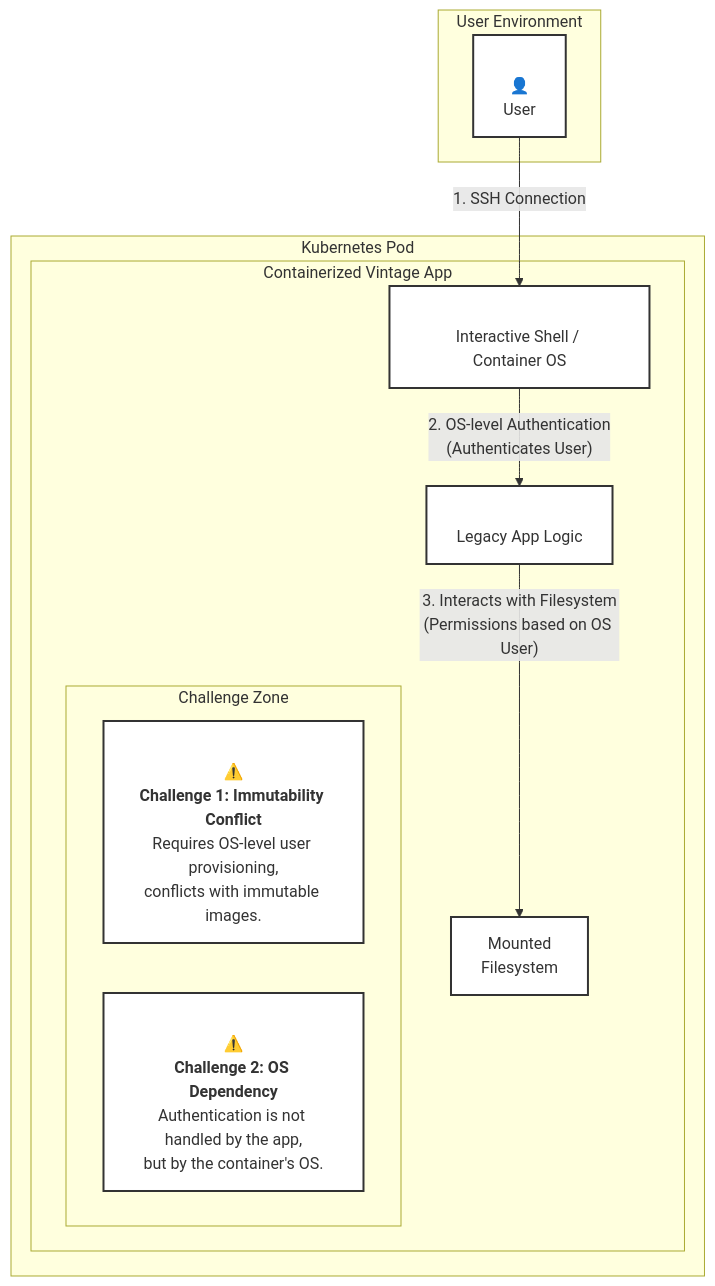
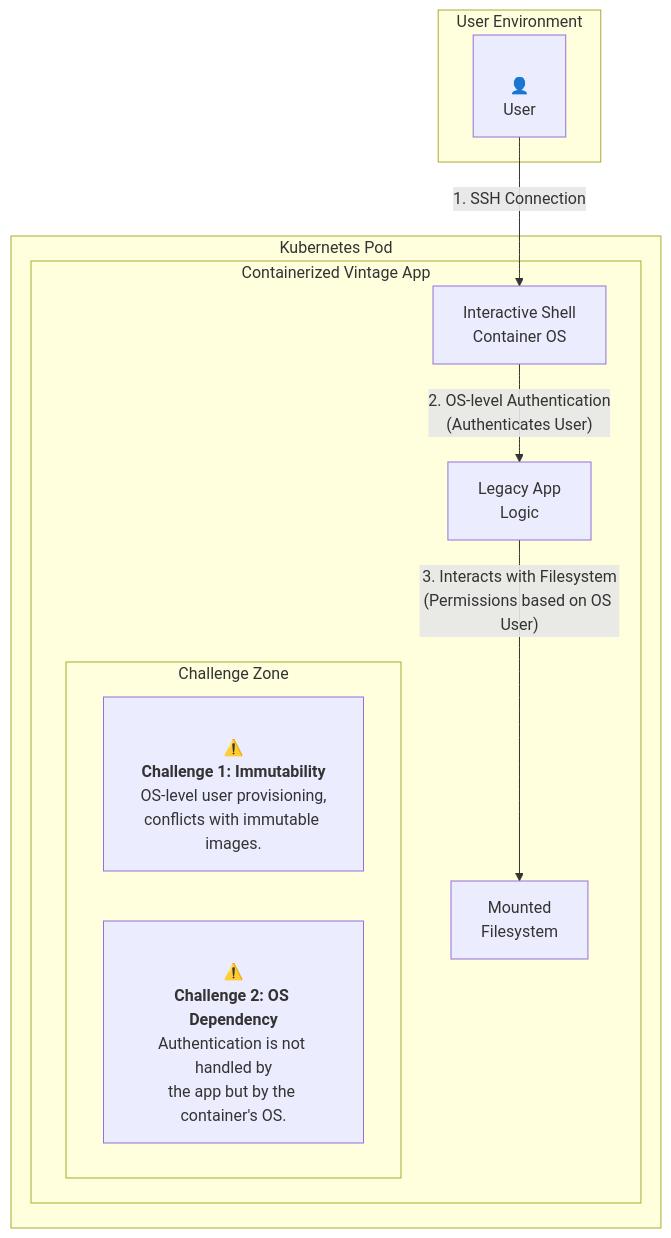
The fourth of 7 diagrams in docs/portfolio/ntap/nfsv4auth/index.md (romdalf/romadams.com), drawn with Mermaid before and after one commit. The commit also changed other lines of this file, not shown here.

Commit message:
update content

````diff
--- a/docs/portfolio/ntap/nfsv4auth/index.md
+++ b/docs/portfolio/ntap/nfsv4auth/index.md
@@ -216,28 +216,26 @@
 ```mermaid
 graph TD
     subgraph "User Environment"
         User[<br>👤<br>User]
     end
 
     subgraph "Kubernetes Pod"
         subgraph "Containerized Vintage App"
             
-            App[<br>Legacy App Logic]
-            Shell[<br>Interactive Shell / Container OS]
+            App[Legacy App<br>Logic]
+            Shell[Interactive Shell<br>Container OS]
             Volume[Mounted<br>Filesystem]
             
             subgraph "Challenge Zone"
-                Challenge1["<br>⚠️<br><b>Challenge 1: Immutability Conflict</b><br>Requires OS-level user provisioning,<br>conflicts with immutable images."]
-                Challenge2["<br>⚠️<br><b>Challenge 2: OS Dependency</b><br>Authentication is not handled by the app,<br>but by the container's OS."]
+                Challenge1["<br>⚠️<br><b>Challenge 1: Immutability</b><br>OS-level user provisioning,<br>conflicts with immutable images."]
+                Challenge2["<br>⚠️<br><b>Challenge 2: OS Dependency</b><br>Authentication is not handled by<br>the app but by the container's OS."]
             end
 
         end
     end
     
     %% --- Tightly Coupled Flow ---
     User -- "1. SSH Connection" --> Shell
     Shell -- "2. OS-level Authentication<br>(Authenticates User)" --> App
     App -- "3. Interacts with Filesystem<br>(Permissions based on OS User)" --> Volume
-    
-    classDef default fill:#fff,stroke:#333,stroke-width:2px;
 ```
````
